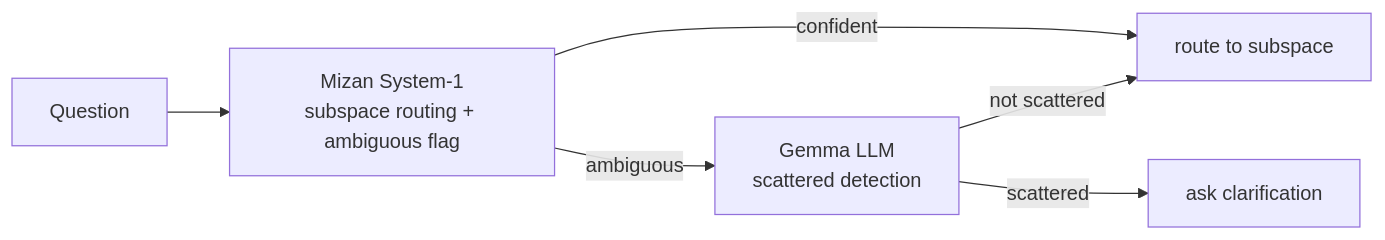
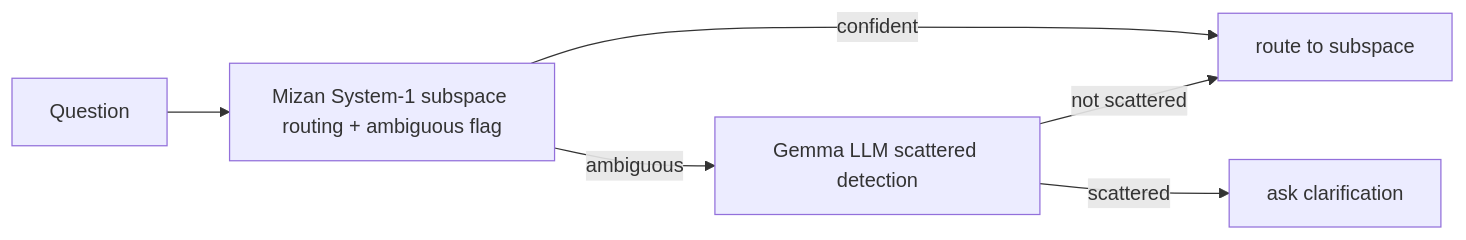
The fourth of 12 diagrams in kb-manager/README.md (AliNikkhah2001/Work_RAG-KB), drawn with Mermaid before and after one commit. The commit also changed other lines of this file, not shown here.

Commit message:
docs(kb-manager): remove <br/> tags from mermaid diagrams for compilation

````diff
--- a/kb-manager/README.md
+++ b/kb-manager/README.md
@@ -96,8 +96,8 @@
 ```mermaid
 flowchart LR
-    Q[Question] --> MIZAN[Mizan System-1<br/>subspace routing + ambiguous flag]
+    Q[Question] --> MIZAN[Mizan System-1 subspace routing + ambiguous flag]
     MIZAN -->|confident| ROUTE[route to subspace]
-    MIZAN -->|ambiguous| GEMMA[Gemma LLM<br/>scattered detection]
+    MIZAN -->|ambiguous| GEMMA[Gemma LLM scattered detection]
     GEMMA -->|scattered| CLARIFY[ask clarification]
     GEMMA -->|not scattered| ROUTE
 ```
````
